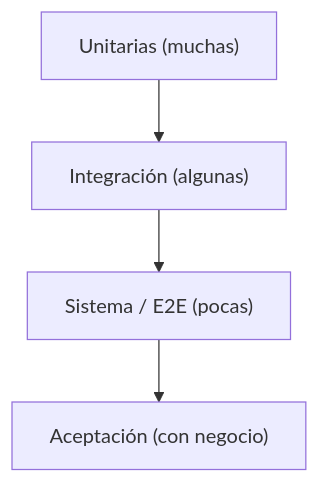
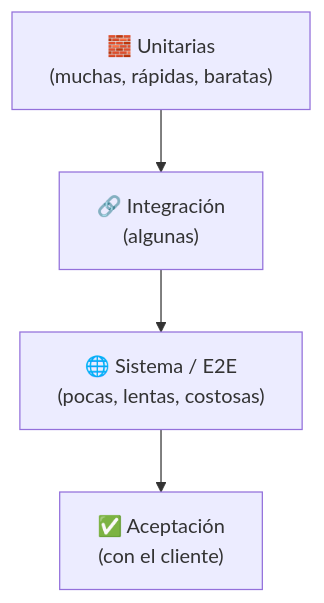
The fifth of 10 diagrams in docs/tema1/fases.md (aitorventura/entornos-de-desarrollo), drawn with Mermaid before and after one commit. The commit also changed other lines of this file and 348 other files, not shown here.

````diff
--- a/docs/tema1/fases.md
+++ b/docs/tema1/fases.md
@@ -279,7 +248,8 @@
 ```mermaid
 flowchart TB
-  U["Unitarias (muchas)"] --> I["Integración (algunas)"]
-  I --> S["Sistema / E2E (pocas)"]
-  S --> A["Aceptación (con negocio)"]
-
+  U["🧱 Unitarias\n(muchas, rápidas, baratas)"]
+  I["🔗 Integración\n(algunas)"]
+  S["🌐 Sistema / E2E\n(pocas, lentas, costosas)"]
+  A["✅ Aceptación\n(con el cliente)"]
+  U --> I --> S --> A
 ```
````
